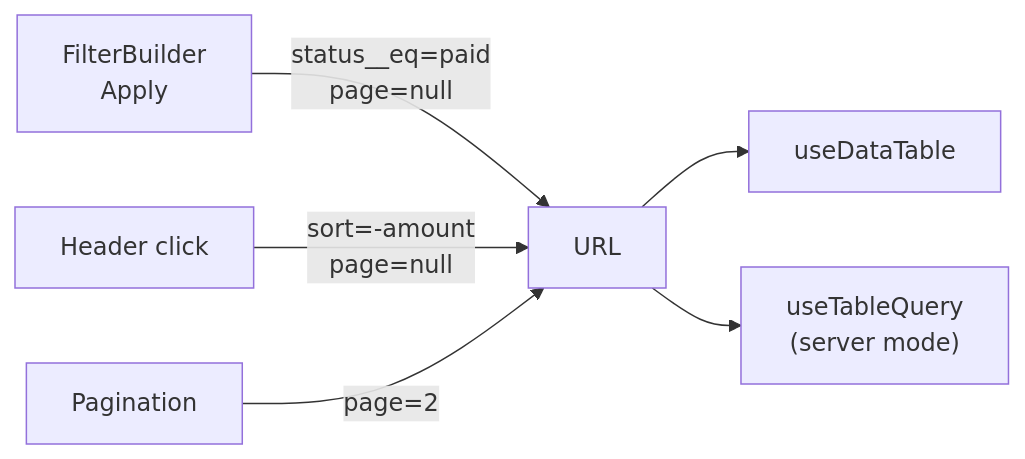
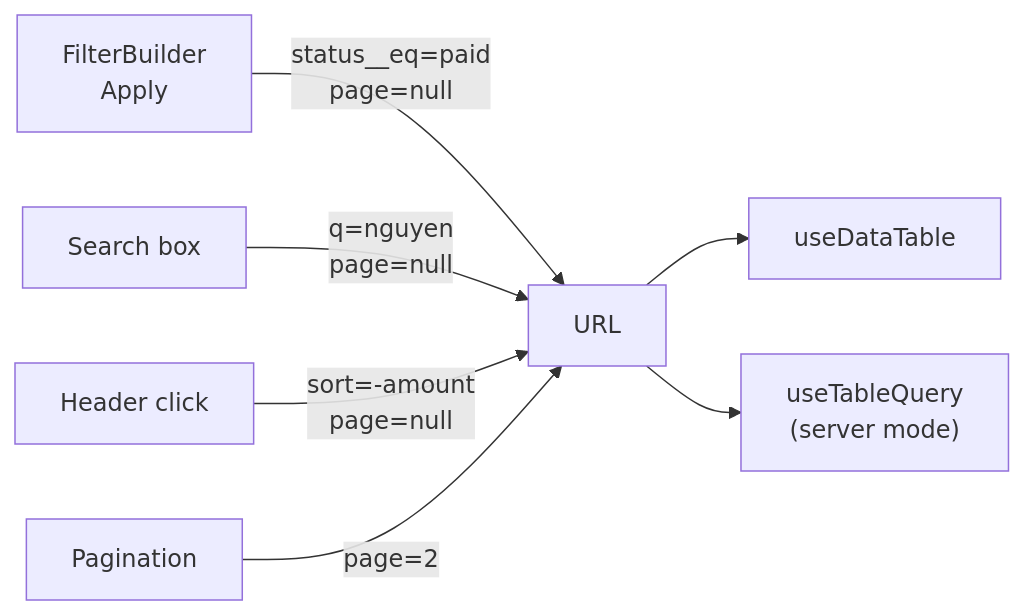
Before and after one commit to minhduoc-tran/tablecn: the diagram in apps/web/content/docs/table/url-state.mdx, drawn with Mermaid. The commit also changed other lines of this file and 45 other files, not shown here.

Commit message:
feat: add a table search kept in the URL as q

````diff
--- a/apps/web/content/docs/table/url-state.mdx
+++ b/apps/web/content/docs/table/url-state.mdx
@@ -33,8 +34,9 @@
 ```mermaid
 flowchart LR
   filter["FilterBuilder<br/>Apply"] -- "status__eq=paid<br/>page=null" --> url["URL"]
+  search["Search box"] -- "q=nguyen<br/>page=null" --> url
   header["Header click"] -- "sort=-amount<br/>page=null" --> url
   pager["Pagination"] -- "page=2" --> url
   url --> table["useDataTable"]
   url --> query["useTableQuery<br/>(server mode)"]
 ```
````
